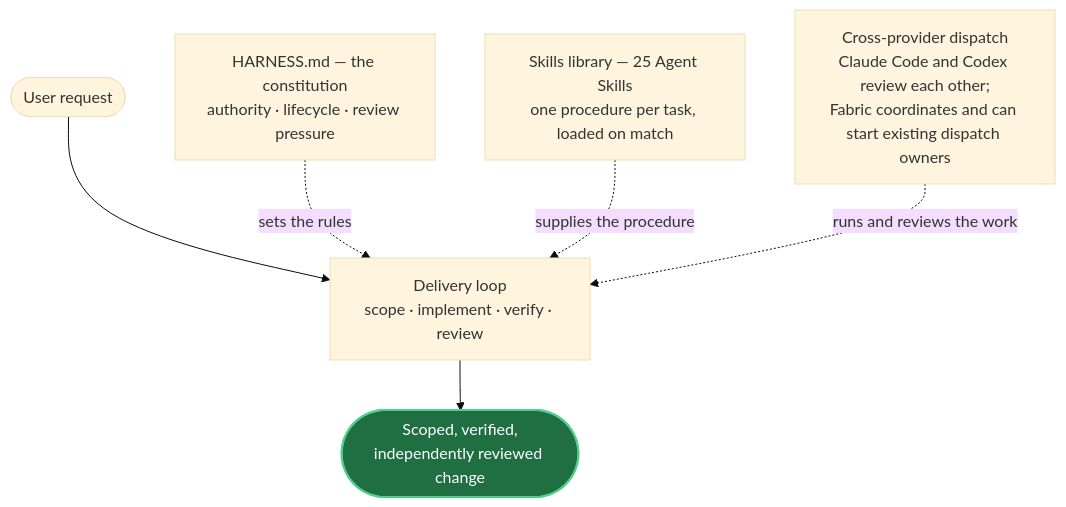
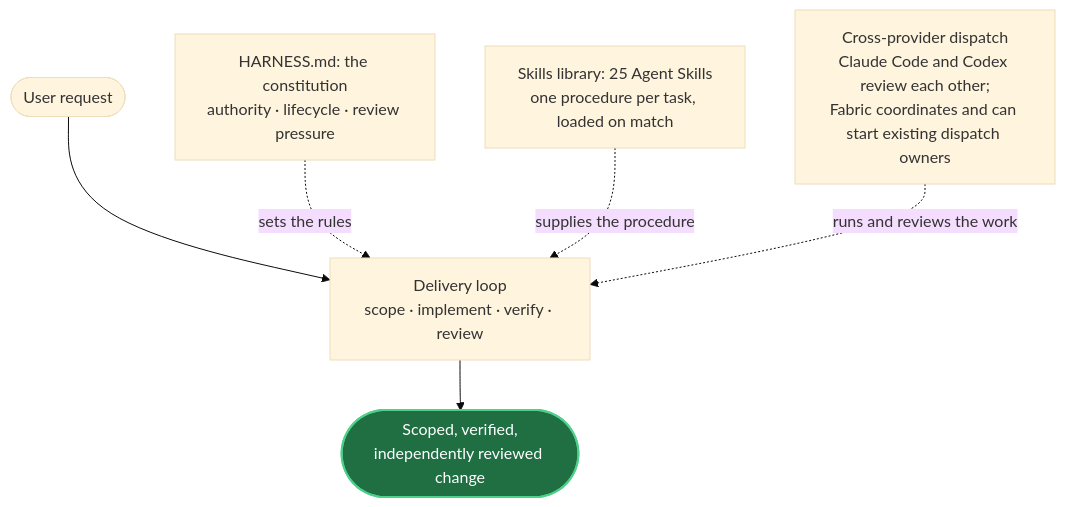
Before and after one commit to mblauberg/provenant: the first of 2 diagrams in README.md, drawn with Mermaid (base theme). The commit also changed other lines of this file and 11 other files, not shown here.

````diff
--- a/README.md
+++ b/README.md
@@ -37,12 +37,12 @@
 ```mermaid
 flowchart TB
     accTitle: The three parts and the delivery loop they serve
-    accDescr: A user request enters the delivery loop, which runs scope, implement, verify and review, and produces a scoped, verified, independently reviewed change. Three parts act on that loop concurrently rather than in sequence. HARNESS.md, the constitution, sets the rules — authority, lifecycle and review pressure. The skills library supplies the procedure, one SKILL.md per task loaded when the task matches. Cross-provider dispatch runs and reviews the work, with Claude Code and Codex as primaries reviewing each other and Fabric providing messages, tasks, activity and a thin front door to the existing dispatch owners.
+    accDescr: A user request enters the delivery loop, which runs scope, implement, verify and review, and produces a scoped, verified, independently reviewed change. Three parts act on that loop concurrently rather than in sequence. HARNESS.md, the constitution, sets the rules: authority, lifecycle and review pressure. The skills library supplies the procedure, one SKILL.md per task loaded when the task matches. Cross-provider dispatch runs and reviews the work, with Claude Code and Codex as primaries reviewing each other and Fabric providing messages, tasks, activity and a thin front door to the existing dispatch owners.
     U(["User request"]) --> LOOP["Delivery loop<br/>scope · implement · verify · review"]
     LOOP --> OUT(["Scoped, verified,<br/>independently reviewed change"])
-    H["HARNESS.md — the constitution<br/>authority · lifecycle · review pressure"] -. "sets the rules" .-> LOOP
-    SK["Skills library — 25 Agent Skills<br/>one procedure per task, loaded on match"] -. "supplies the procedure" .-> LOOP
+    H["HARNESS.md: the constitution<br/>authority · lifecycle · review pressure"] -. "sets the rules" .-> LOOP
+    SK["Skills library: 25 Agent Skills<br/>one procedure per task, loaded on match"] -. "supplies the procedure" .-> LOOP
     F["Cross-provider dispatch<br/>Claude Code and Codex review each other;<br/>Fabric coordinates and can start existing dispatch owners"] -. "runs and reviews the work" .-> LOOP
     classDef out fill:#1f6f43,stroke:#4fd08a,color:#ffffff,stroke-width:2px
     class OUT out
 ```
````
